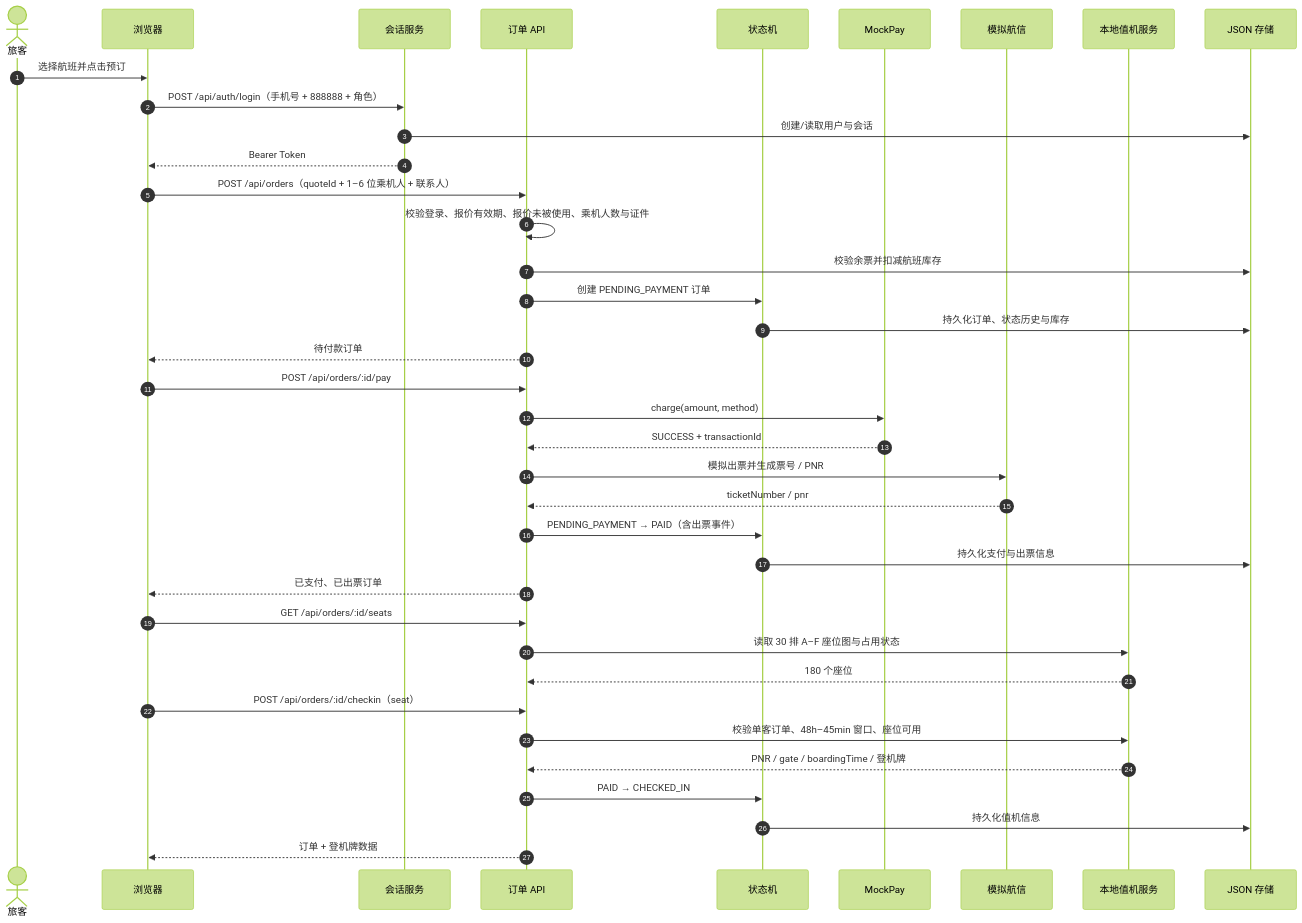
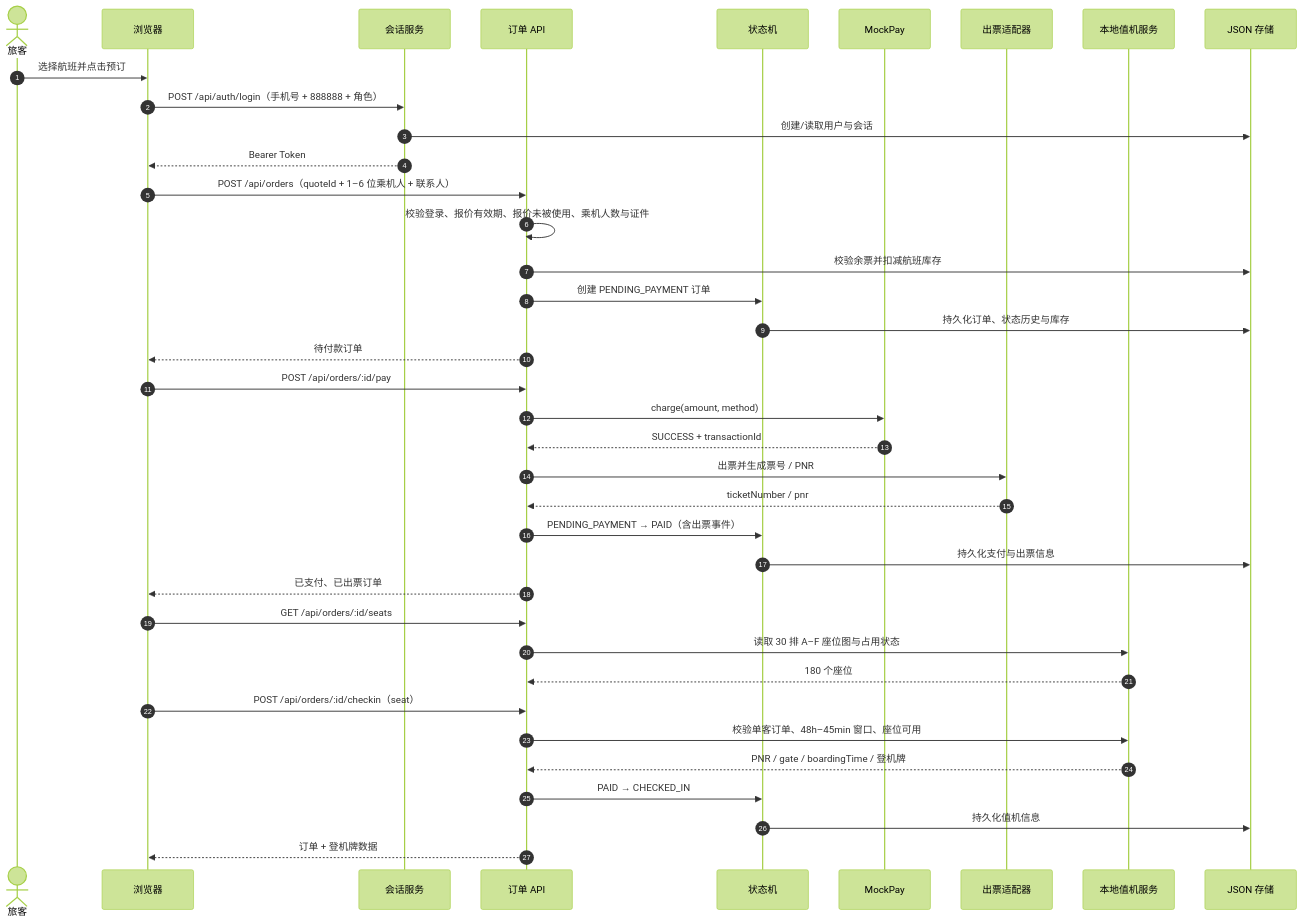
Before and after one commit to lonelyhty/hebut-xiecheng-se24: the fourth of 7 diagrams in docs/design.md, drawn with Mermaid (forest theme). The commit also changed other lines of this file and 50 other files, not shown here.

````diff
--- a/docs/design.md
+++ b/docs/design.md
@@ -154,41 +154,41 @@
 ```mermaid
 sequenceDiagram
   autonumber
   actor Traveler as 旅客
   participant Web as 浏览器
   participant Auth as 会话服务
   participant API as 订单 API
   participant Orders as 状态机
   participant Pay as MockPay
-  participant Airline as 模拟航信
+  participant Airline as 出票适配器
   participant DCS as 本地值机服务
   participant Store as JSON 存储
 
   Traveler->>Web: 选择航班并点击预订
   Web->>Auth: POST /api/auth/login（手机号 + 888888 + 角色）
   Auth->>Store: 创建/读取用户与会话
   Auth-->>Web: Bearer Token
   Web->>API: POST /api/orders（quoteId + 1–6 位乘机人 + 联系人）
   API->>API: 校验登录、报价有效期、报价未被使用、乘机人数与证件
   API->>Store: 校验余票并扣减航班库存
   API->>Orders: 创建 PENDING_PAYMENT 订单
   Orders->>Store: 持久化订单、状态历史与库存
   API-->>Web: 待付款订单
   Web->>API: POST /api/orders/:id/pay
   API->>Pay: charge(amount, method)
   Pay-->>API: SUCCESS + transactionId
-  API->>Airline: 模拟出票并生成票号 / PNR
+  API->>Airline: 出票并生成票号 / PNR
   Airline-->>API: ticketNumber / pnr
   API->>Orders: PENDING_PAYMENT → PAID（含出票事件）
   Orders->>Store: 持久化支付与出票信息
   API-->>Web: 已支付、已出票订单
   Web->>API: GET /api/orders/:id/seats
   API->>DCS: 读取 30 排 A–F 座位图与占用状态
   DCS-->>API: 180 个座位
   Web->>API: POST /api/orders/:id/checkin（seat）
   API->>DCS: 校验单客订单、48h–45min 窗口、座位可用
   DCS-->>API: PNR / gate / boardingTime / 登机牌
   API->>Orders: PAID → CHECKED_IN
   Orders->>Store: 持久化值机信息
   API-->>Web: 订单 + 登机牌数据
 ```
````
